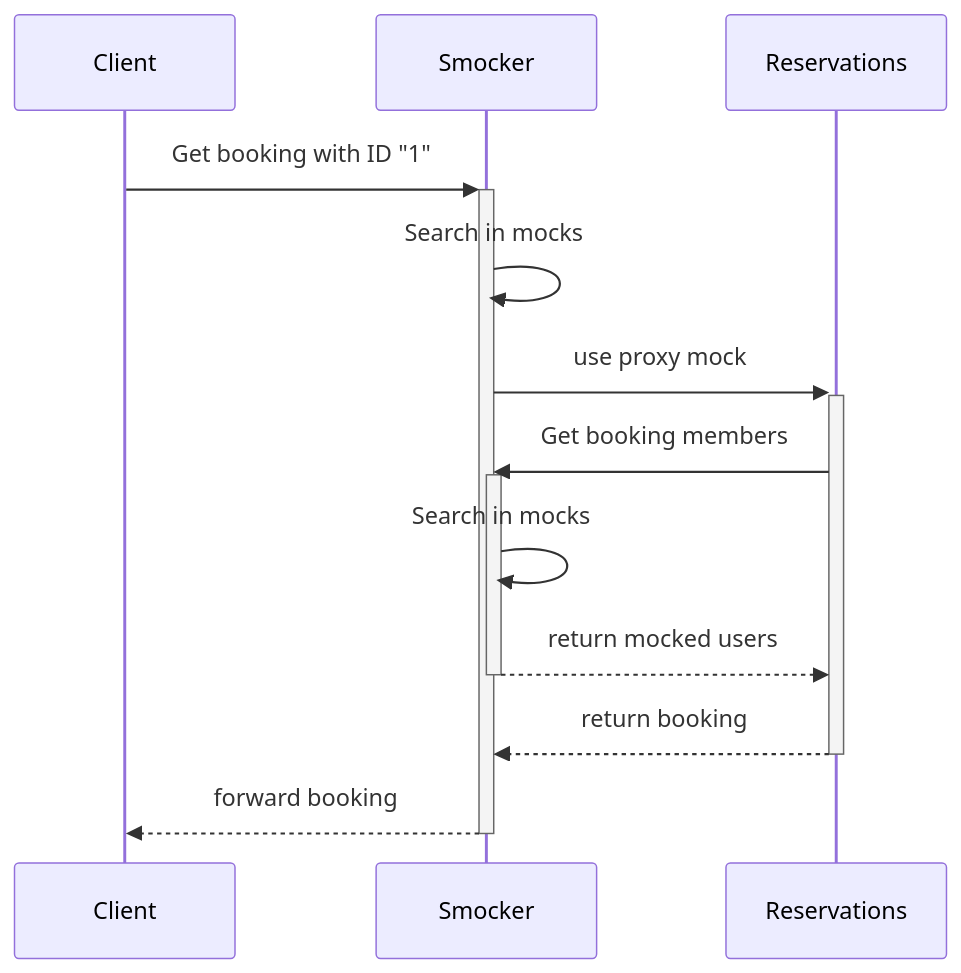
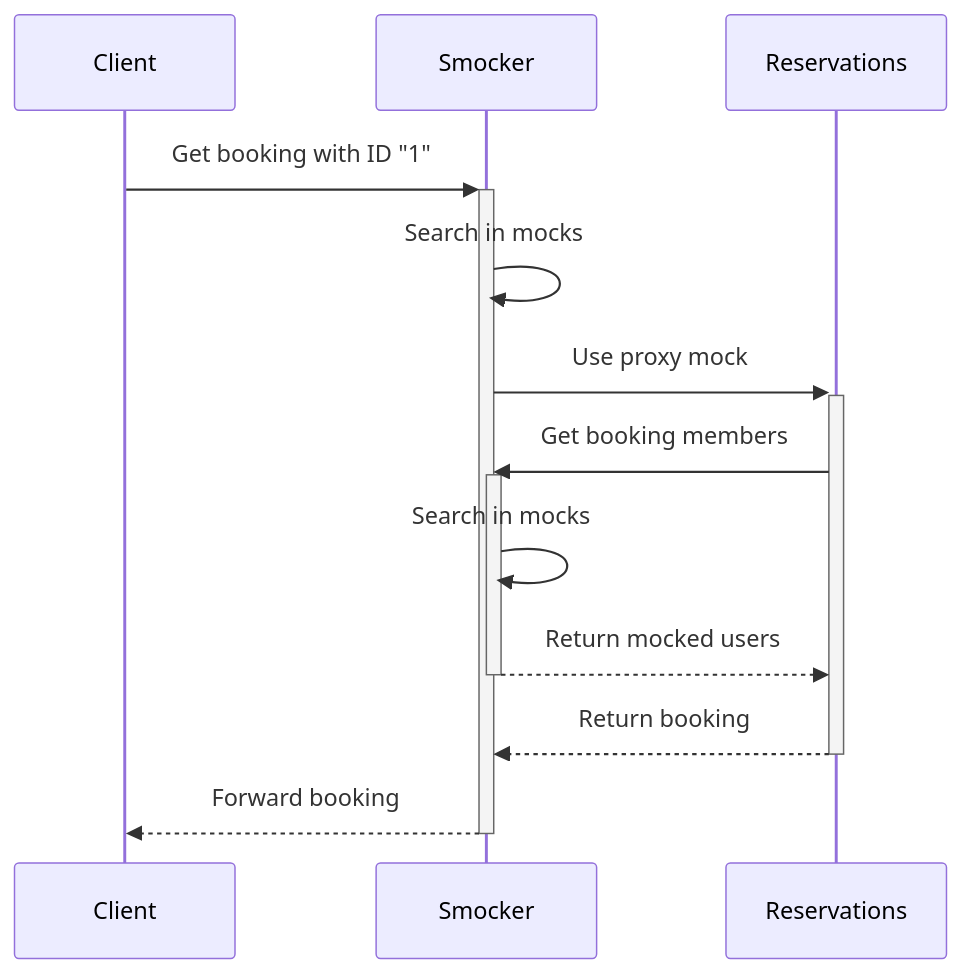
The second of 2 diagrams in docs/guide/real-life.md (smocker-dev/smocker), drawn with Mermaid before and after one commit. The commit also changed other lines of this file and 1 other file, not shown here.

````diff
--- a/docs/guide/real-life.md
+++ b/docs/guide/real-life.md
@@ -47,15 +50,15 @@
 ```mermaid
 sequenceDiagram
     participant C as Client
     participant S as Smocker
     participant R as Reservations
 
     C->>+S: Get booking with ID "1"
     S->>S: Search in mocks
-    S->>+R: use proxy mock
+    S->>+R: Use proxy mock
     R->>+S: Get booking members
     S->>S: Search in mocks
-    S-->>-R: return mocked users
-    R-->>-S: return booking
-    S-->>-C: forward booking
+    S-->>-R: Return mocked users
+    R-->>-S: Return booking
+    S-->>-C: Forward booking
 ```
````
